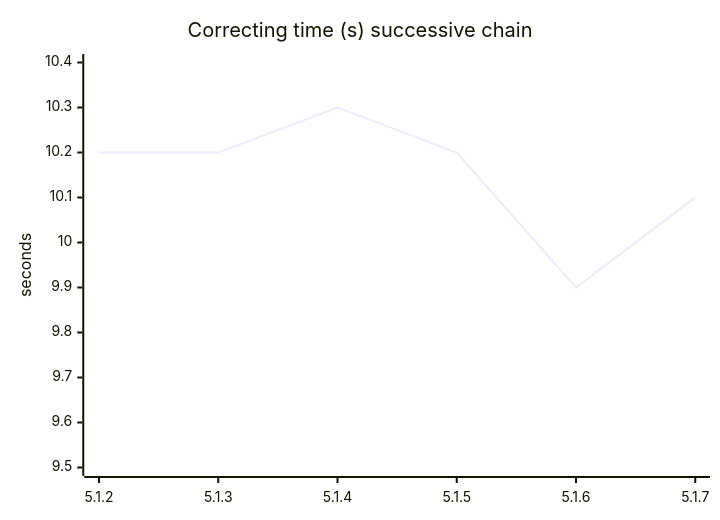
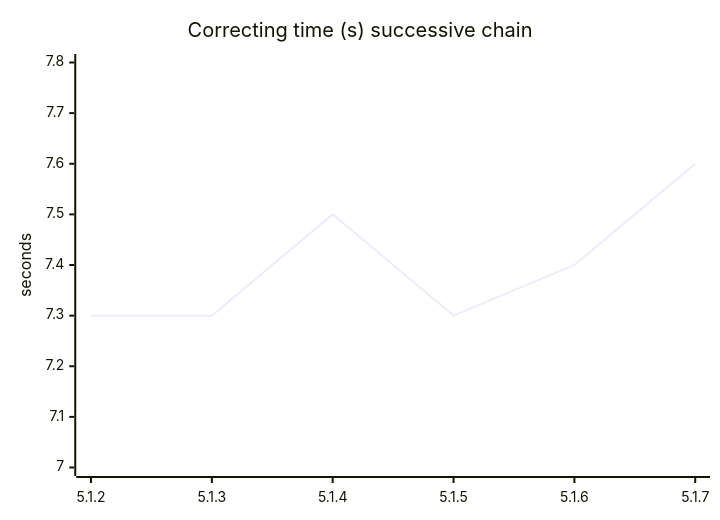
Before and after one commit to darrelllong/Delta-Compression: the ninth of 10 diagrams in ANALYSIS.md, drawn with Mermaid. The commit also changed other lines of this file and 4 other files, not shown here.

````diff
--- a/ANALYSIS.md
+++ b/ANALYSIS.md
@@ -674,8 +671,8 @@
 ```mermaid
 %%{init: {"xyChart": {"plotColorPalette": "#e65100"}}}%%
 xychart-beta
     title "Correcting time (s) successive chain"
     x-axis ["5.1.2", "5.1.3", "5.1.4", "5.1.5", "5.1.6", "5.1.7"]
-    y-axis "seconds" 9.5 --> 10.4
-    line [10.2, 10.2, 10.3, 10.2, 9.9, 10.1]
+    y-axis "seconds" 7.0 --> 7.8
+    line [7.3, 7.3, 7.5, 7.3, 7.4, 7.6]
 ```
````
